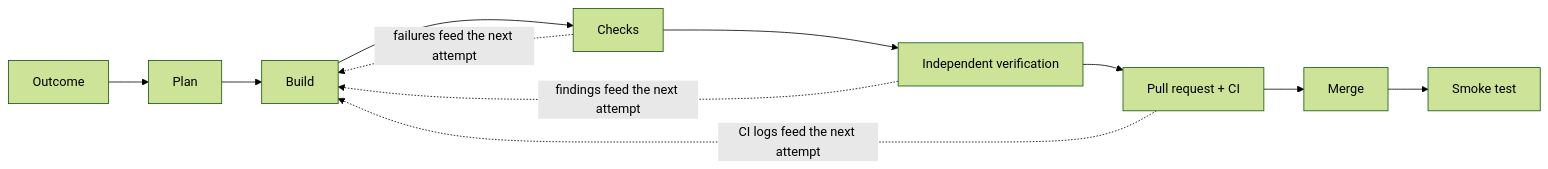
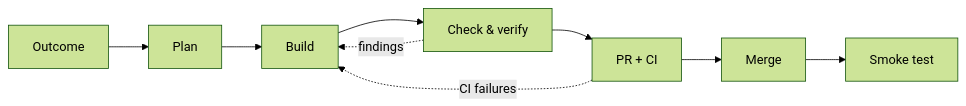
The diagram in README.md (ianu82/ai-factory), drawn with Mermaid (forest theme) before and after one commit.

Commit message:
README: simplify the delivery diagram

````diff
--- a/README.md
+++ b/README.md
@@ -37,13 +37,6 @@
 ```mermaid
 flowchart LR
-    A[Outcome] --> B[Plan]
-    B --> C[Build]
-    C --> D[Checks]
-    D --> E[Independent verification]
-    E --> F[Pull request + CI]
-    F --> G[Merge]
-    G --> H[Smoke test]
-    D -. failures feed the next attempt .-> C
-    E -. findings feed the next attempt .-> C
-    F -. CI logs feed the next attempt .-> C
+    A[Outcome] --> B[Plan] --> C[Build] --> D[Check & verify] --> E[PR + CI] --> F[Merge] --> G[Smoke test]
+    D -. findings .-> C
+    E -. CI failures .-> C
 ```
````
